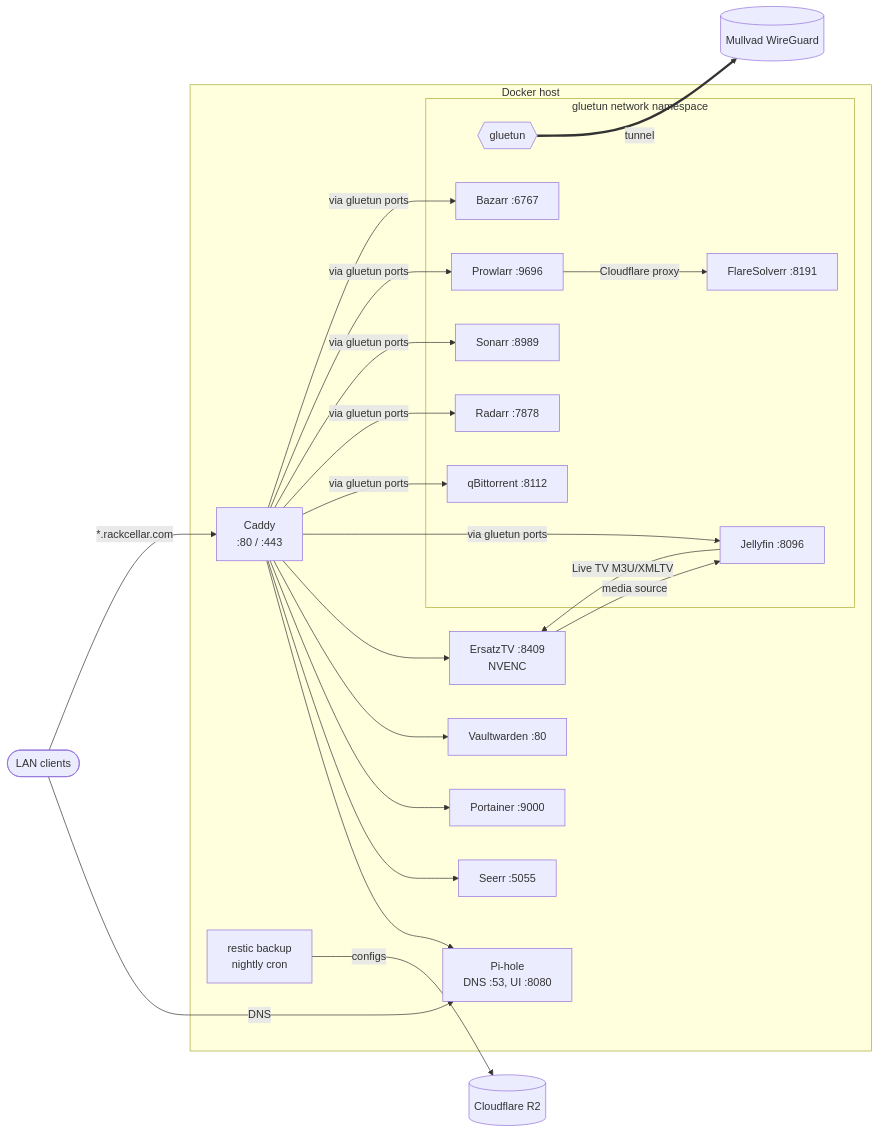
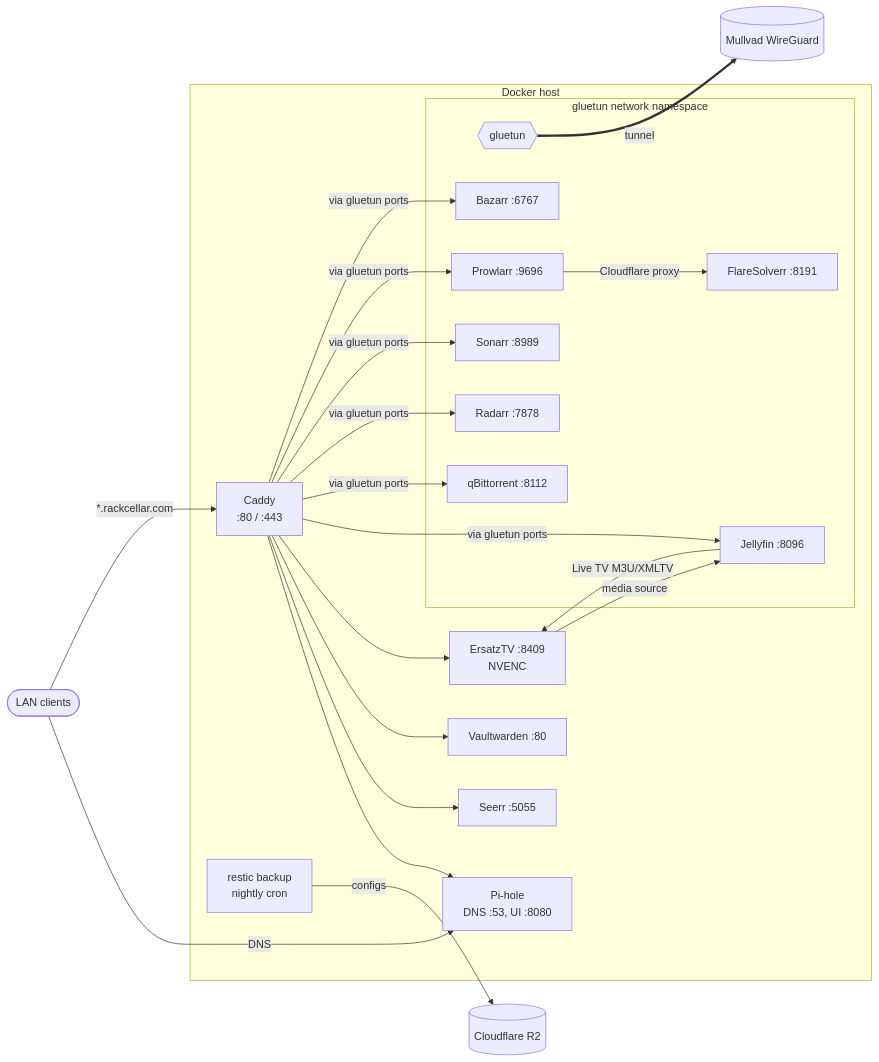
One commit to jonnynabors/docker changed the diagram in README.md. Above: the diagram before and after it, drawn with Mermaid. The commit also changed other lines of this file and 3 other files, not shown here.

````diff
--- a/README.md
+++ b/README.md
@@ -7,41 +7,39 @@
 ```mermaid
 flowchart LR
     LAN([LAN clients])
     Mullvad[(Mullvad WireGuard)]
     R2[(Cloudflare R2)]
 
     subgraph host[Docker host]
         pihole[Pi-hole<br/>DNS :53, UI :8080]
         caddy[Caddy<br/>:80 / :443]
         seerr[Seerr :5055]
-        portainer[Portainer :9000]
         vault[Vaultwarden :80]
         ersatztv[ErsatzTV :8409<br/>NVENC]
         backup[restic backup<br/>nightly cron]
 
         subgraph vpn[gluetun network namespace]
             gluetun{{gluetun}}
             jellyfin[Jellyfin :8096]
             qbit[qBittorrent :8112]
             radarr[Radarr :7878]
             sonarr[Sonarr :8989]
             prowlarr[Prowlarr :9696]
             flaresolverr[FlareSolverr :8191]
             bazarr[Bazarr :6767]
         end
     end
 
     LAN -- DNS --> pihole
     LAN -- "*.rackcellar.com" --> caddy
     caddy --> pihole
     caddy --> seerr
-    caddy --> portainer
     caddy --> vault
     caddy --> ersatztv
     jellyfin -- Live TV M3U/XMLTV --> ersatztv
     ersatztv -- media source --> jellyfin
     prowlarr -- Cloudflare proxy --> flaresolverr
     backup -- configs --> R2
     caddy -- via gluetun ports --> jellyfin & qbit & radarr & sonarr & prowlarr & bazarr
     gluetun == tunnel ==> Mullvad
 ```
````
